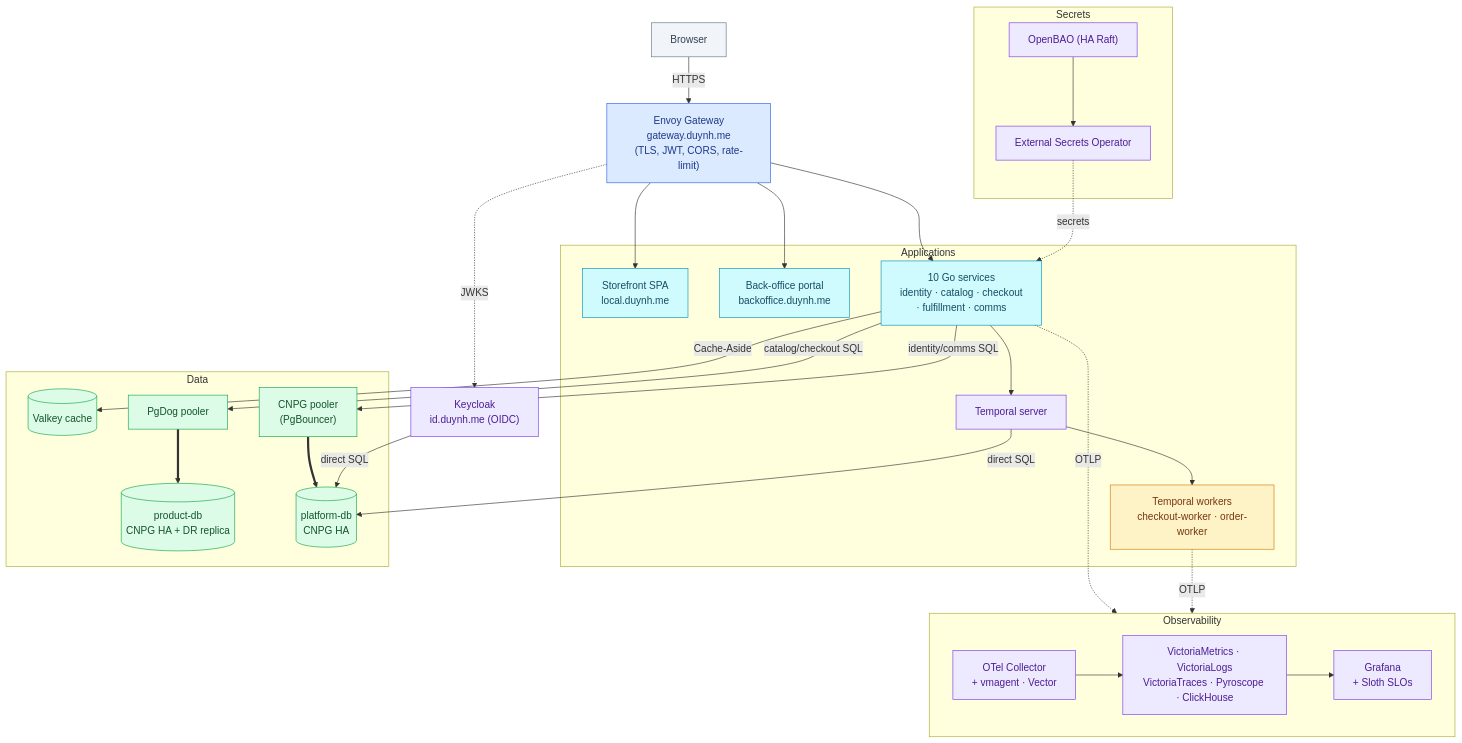
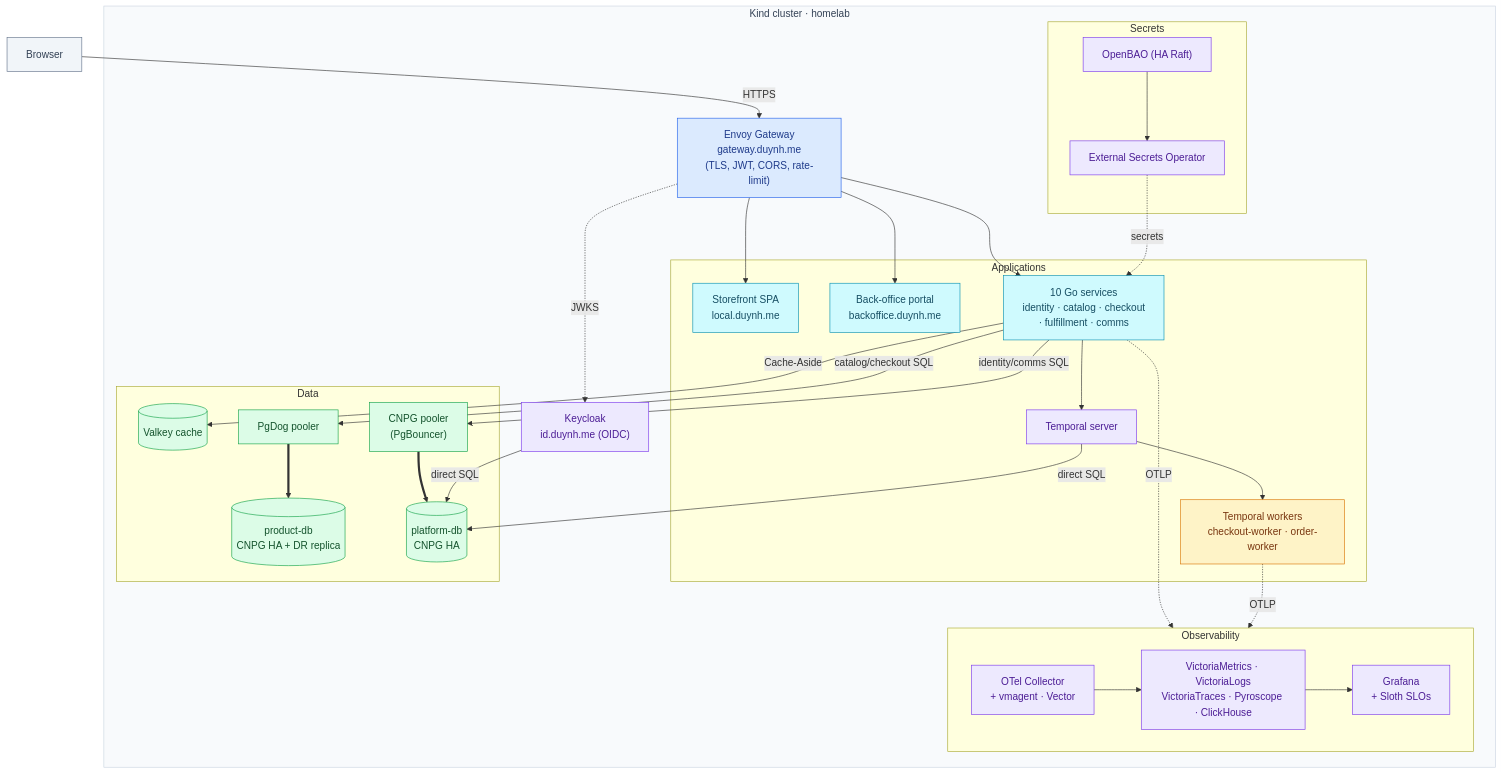
Before and after one commit to duynhlab/homelab: the first of 2 diagrams in README.md, drawn with Mermaid. The commit also changed other lines of this file and 23 other files, not shown here.

First line of the commit message:
docs(diagrams): draw the cluster as every diagram's outer frame

````diff
--- a/README.md
+++ b/README.md
@@ -42,54 +42,57 @@
 ```mermaid
 flowchart TD
     classDef edge fill:#dbeafe,color:#1e3a8a,stroke:#2563eb;
     classDef service fill:#cffafe,color:#164e63,stroke:#0891b2;
     classDef worker fill:#fef3c7,color:#78350f,stroke:#d97706;
     classDef platform fill:#ede9fe,color:#4c1d95,stroke:#7c3aed;
     classDef data fill:#dcfce7,color:#14532d,stroke:#16a34a;
     classDef external fill:#f1f5f9,color:#334155,stroke:#64748b;
 
     Browser["Browser"]:::external
-    EG["Envoy Gateway<br/>gateway.duynh.me<br/>(TLS, JWT, CORS, rate-limit)"]:::edge
-    KC["Keycloak<br/>id.duynh.me (OIDC)"]:::platform
+    subgraph Cluster ["Kind cluster · homelab"]
+        EG["Envoy Gateway<br/>gateway.duynh.me<br/>(TLS, JWT, CORS, rate-limit)"]:::edge
+        KC["Keycloak<br/>id.duynh.me (OIDC)"]:::platform
 
-    subgraph Apps ["Applications"]
-        SPA["Storefront SPA<br/>local.duynh.me"]:::service
-        BO["Back-office portal<br/>backoffice.duynh.me"]:::service
-        SVC["10 Go services<br/>identity · catalog · checkout<br/>· fulfillment · comms"]:::service
-        TMP["Temporal server"]:::platform
-        WK["Temporal workers<br/>checkout-worker · order-worker"]:::worker
+        subgraph Apps ["Applications"]
+            SPA["Storefront SPA<br/>local.duynh.me"]:::service
+            BO["Back-office portal<br/>backoffice.duynh.me"]:::service
+            SVC["10 Go services<br/>identity · catalog · checkout<br/>· fulfillment · comms"]:::service
+            TMP["Temporal server"]:::platform
+            WK["Temporal workers<br/>checkout-worker · order-worker"]:::worker
+        end
+
+        subgraph Data ["Data"]
+            valkey[("Valkey cache")]:::data
+            pgdog["PgDog pooler"]:::data
+            pgb["CNPG pooler<br/>(PgBouncer)"]:::data
+            productdb[("product-db<br/>CNPG HA + DR replica")]:::data
+            platformdb[("platform-db<br/>CNPG HA")]:::data
+        end
+
+        subgraph Obs ["Observability"]
+            direction LR
+            otel["OTel Collector<br/>+ vmagent · Vector"]:::platform
+            backends["VictoriaMetrics · VictoriaLogs<br/>VictoriaTraces · Pyroscope · ClickHouse"]:::platform
+            grafana["Grafana<br/>+ Sloth SLOs"]:::platform
+            otel --> backends --> grafana
+        end
+
+        subgraph Sec ["Secrets"]
+            openbao["OpenBAO (HA Raft)"]:::platform
+            eso["External Secrets Operator"]:::platform
+            openbao --> eso
+        end
     end
-
-    subgraph Data ["Data"]
-        valkey[("Valkey cache")]:::data
-        pgdog["PgDog pooler"]:::data
-        pgb["CNPG pooler<br/>(PgBouncer)"]:::data
-        productdb[("product-db<br/>CNPG HA + DR replica")]:::data
-        platformdb[("platform-db<br/>CNPG HA")]:::data
-    end
-
-    subgraph Obs ["Observability"]
-        direction LR
-        otel["OTel Collector<br/>+ vmagent · Vector"]:::platform
-        backends["VictoriaMetrics · VictoriaLogs<br/>VictoriaTraces · Pyroscope · ClickHouse"]:::platform
-        grafana["Grafana<br/>+ Sloth SLOs"]:::platform
-        otel --> backends --> grafana
-    end
-
-    subgraph Sec ["Secrets"]
-        openbao["OpenBAO (HA Raft)"]:::platform
-        eso["External Secrets Operator"]:::platform
-        openbao --> eso
-    end
+    style Cluster fill:#f8fafc,stroke:#cbd5e1,color:#334155
 
     Browser -->|HTTPS| EG
     EG --> SPA & BO & SVC
     EG -.->|"JWKS"| KC
     SVC -->|"Cache-Aside"| valkey
     SVC --> TMP --> WK
     SVC -->|"catalog/checkout SQL"| pgdog ==> productdb
     SVC -->|"identity/comms SQL"| pgb ==> platformdb
     KC & TMP -->|"direct SQL"| platformdb
     SVC & WK -.->|"OTLP"| otel
     eso -.->|"secrets"| SVC
 ```
````
